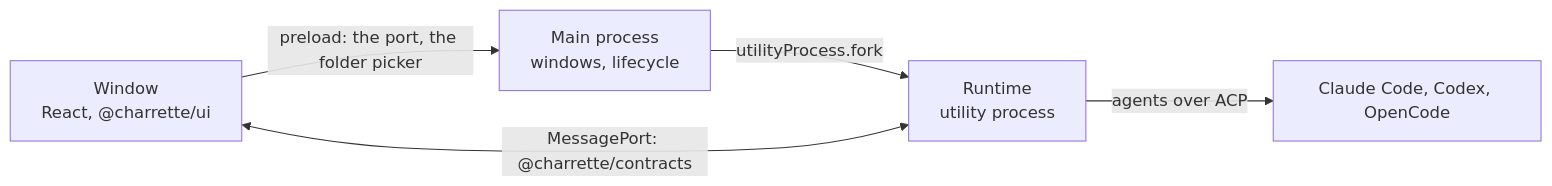
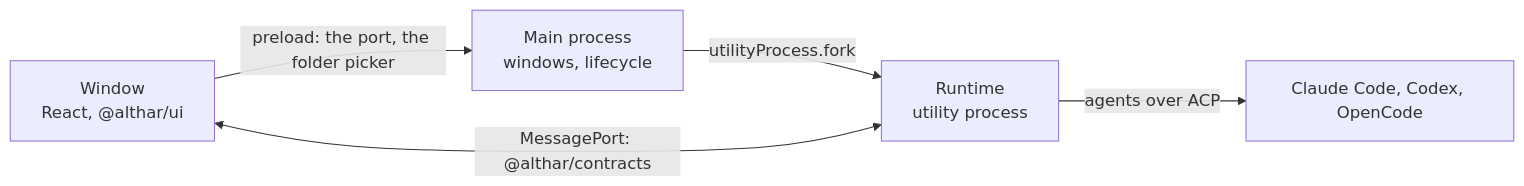
The diagram in apps/desktop/ARCHITECTURE.md (AltharIDE/althar), drawn with Mermaid before and after one commit. The commit also changed other lines of this file and 343 other files, not shown here.

First line of the commit message:
Rename Charrette to Althar

````diff
--- a/apps/desktop/ARCHITECTURE.md
+++ b/apps/desktop/ARCHITECTURE.md
@@ -11,7 +11,7 @@
 ```mermaid
 flowchart LR
-    Window["Window<br/>React, @charrette/ui"] -->|"preload: the port, the folder picker"| Main["Main process<br/>windows, lifecycle"]
+    Window["Window<br/>React, @althar/ui"] -->|"preload: the port, the folder picker"| Main["Main process<br/>windows, lifecycle"]
     Main -->|"utilityProcess.fork"| Runtime["Runtime<br/>utility process"]
-    Window <-->|"MessagePort: @charrette/contracts"| Runtime
+    Window <-->|"MessagePort: @althar/contracts"| Runtime
     Runtime -->|"agents over ACP"| Agents["Claude Code, Codex, OpenCode"]
 ```
````
